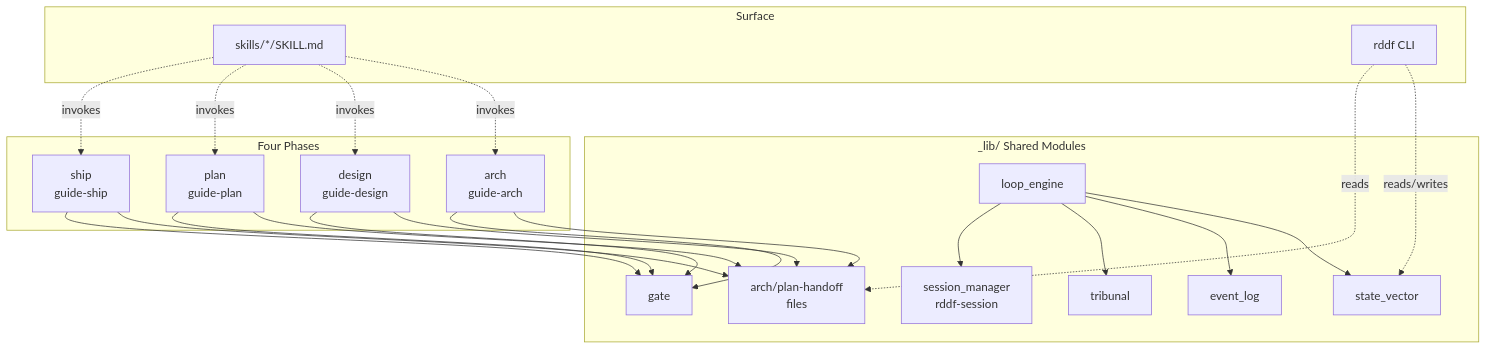
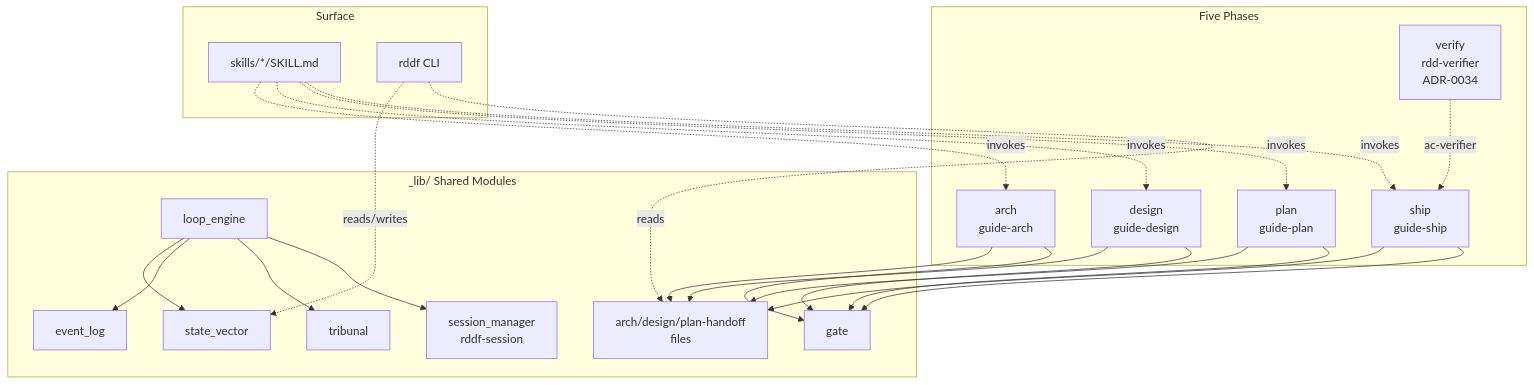
Before and after one commit to chisuhua/rdd-workflow: the diagram in docs/architecture/overview.md, drawn with Mermaid. The commit also changed other lines of this file and 16 other files, not shown here.

First line of the commit message:
fix(docs): sync three-/four-stage → five-stage architecture descriptions

````diff
--- a/docs/architecture/overview.md
+++ b/docs/architecture/overview.md
@@ -14,43 +14,45 @@
 ```mermaid
 graph TB
-    subgraph Phases[Four Phases]
+    subgraph Phases[Five Phases]
     A[arch<br/>guide-arch]
     D[design<br/>guide-design]
     P[plan<br/>guide-plan]
     S[ship<br/>guide-ship]
+    V[verify<br/>rdd-verifier<br/>ADR-0034]
     end
 
     subgraph Lib[_lib/ Shared Modules]
     SV[state_vector]
     EL[event_log]
-    HO[arch/plan-handoff<br/>files]
+    HO[arch/design/plan-handoff<br/>files]
     GT[gate]
     TR[tribunal]
     LO[loop_engine]
     SE[session_manager<br/>rddf-session]
     end
 
     subgraph Surface[Surface]
     SK[skills/*/SKILL.md]
     CLI[rddf CLI]
     end
 
     A --> HO
     D --> HO
     P --> HO
     S --> HO
+    V -. ac-verifier .-> S
     A --> GT
     D --> GT
     P --> GT
     S --> GT
     LO --> SV
     LO --> EL
     LO --> TR
     LO --> SE
     SK -. invokes .-> A
     SK -. invokes .-> D
     SK -. invokes .-> P
     SK -. invokes .-> S
     CLI -. reads/writes .-> SV
     CLI -. reads .-> HO
 ```
````
